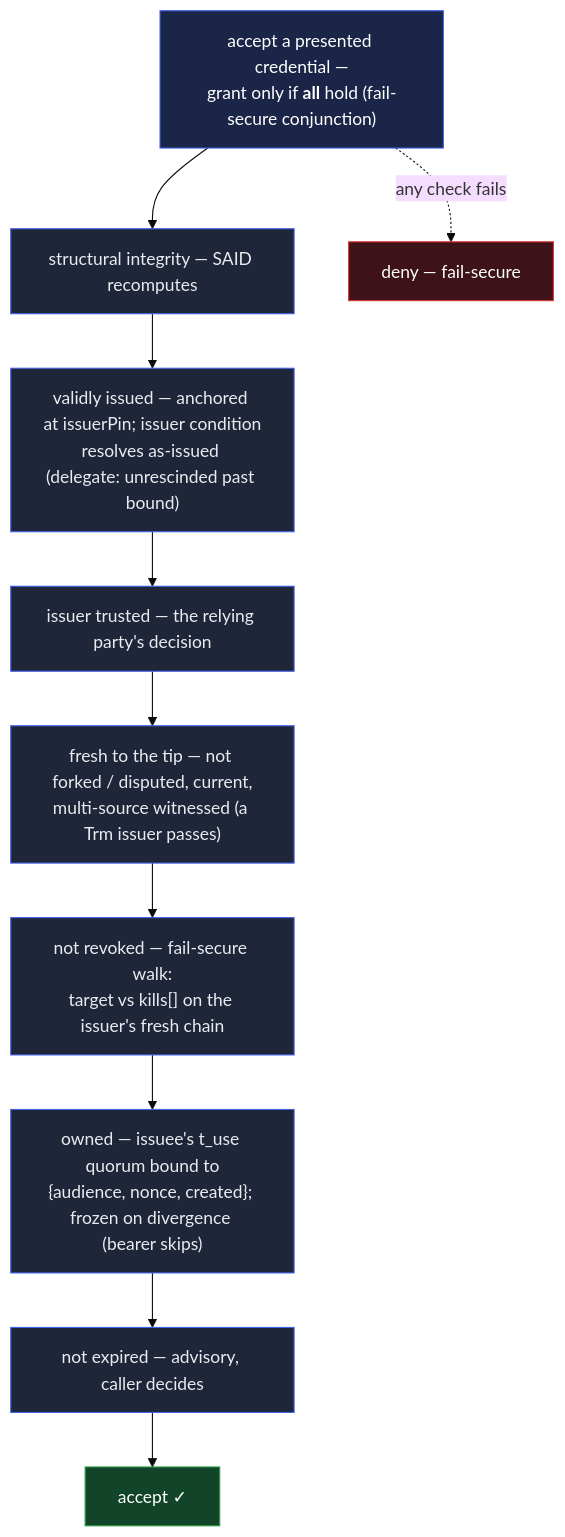
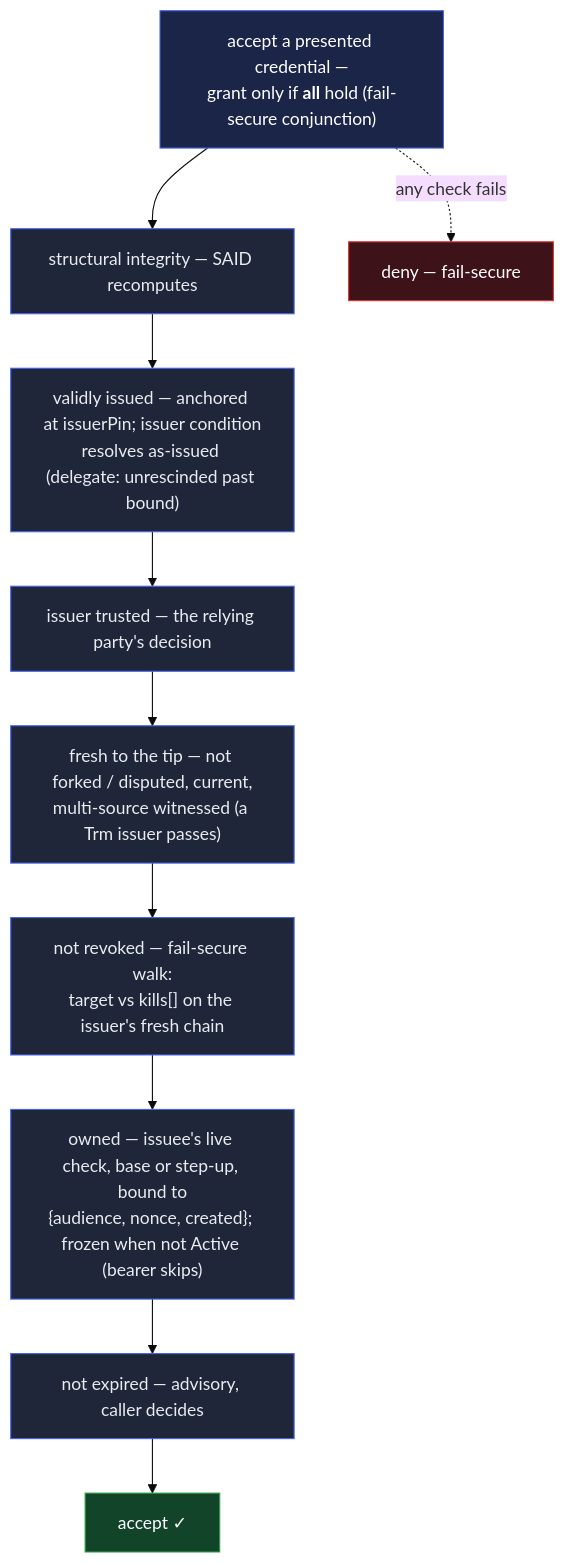
One commit to jasoncolburne/vdti changed the diagram in docs/design/features/credentials.md. Above: the diagram before and after it, drawn with Mermaid (base theme). The commit also changed other lines of this file and 79 other files, not shown here.

````diff
--- a/docs/design/features/credentials.md
+++ b/docs/design/features/credentials.md
@@ -147,17 +152,17 @@
 ```mermaid
 flowchart TD
   acc["accept a presented credential —<br/>grant only if <b>all</b> hold (fail-secure conjunction)"]:::start
   acc --> s1["structural integrity — SAID recomputes"]:::chk
   s1 --> s2["validly issued — anchored at issuerPin; issuer condition<br/>resolves as-issued (delegate: unrescinded past bound)"]:::chk
   s2 --> s3["issuer trusted — the relying party's decision"]:::chk
   s3 --> s4["fresh to the tip — not forked / disputed, current,<br/>multi-source witnessed (a Trm issuer passes)"]:::chk
   s4 --> s5["not revoked — fail-secure walk:<br/>target vs kills[] on the issuer's fresh chain"]:::chk
-  s5 --> s6["owned — issuee's t_use quorum bound to<br/>{audience, nonce, created}; frozen on divergence (bearer skips)"]:::chk
+  s5 --> s6["owned — issuee's live check, base or step-up, bound to<br/>{audience, nonce, created}; frozen when not Active (bearer skips)"]:::chk
   s6 --> s7["not expired — advisory, caller decides"]:::chk
   s7 --> grant["accept ✓"]:::good
   acc -.->|"any check fails"| deny["deny — fail-secure"]:::bad
   classDef start fill:#1a2547,stroke:#4263eb,color:#fff
   classDef chk fill:#20263a,stroke:#4263eb,color:#e9ecef
   classDef good fill:#12442a,stroke:#2f9e44,color:#fff
   classDef bad fill:#3d1218,stroke:#e03131,color:#fff
 ```
````
